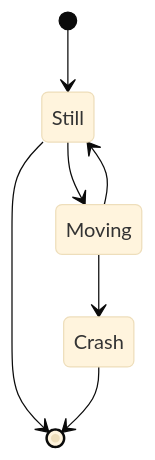
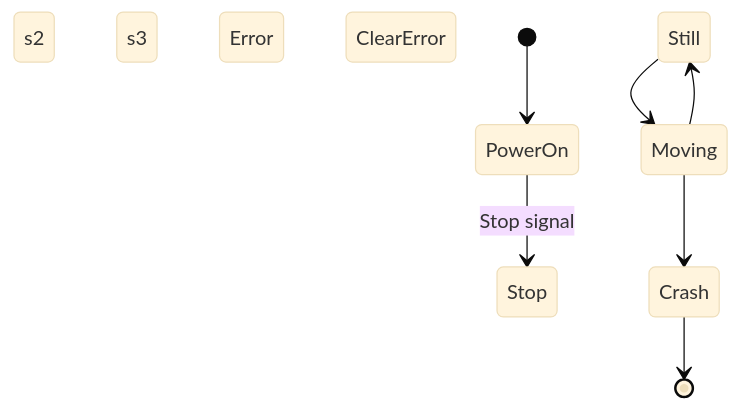
The diagram in README.md (oskarjozwik/ProjektPrzejsciowy), drawn with Mermaid (base theme) before and after one commit.

````diff
--- a/README.md
+++ b/README.md
@@ -1,10 +1,20 @@
 ```mermaid
 stateDiagram-v2
-    [*] --> Still
-    Still --> [*]
-%% this is a comment
+%% https://mermaid.ai/open-source/syntax/stateDiagram.html 
+%% definiowanie stanóœ
+    s0 : PowerOn
+    s1: Stop
+    s2: 
+    s3: 
+
+
+    s100: Error
+    s101: ClearError
+%% opis relacji
+    [*] --> s0
+    s0 --> s1: Stop signal
     Still --> Moving
     Moving --> Still %% another comment
     Moving --> Crash
     Crash --> [*]
 ```
````
